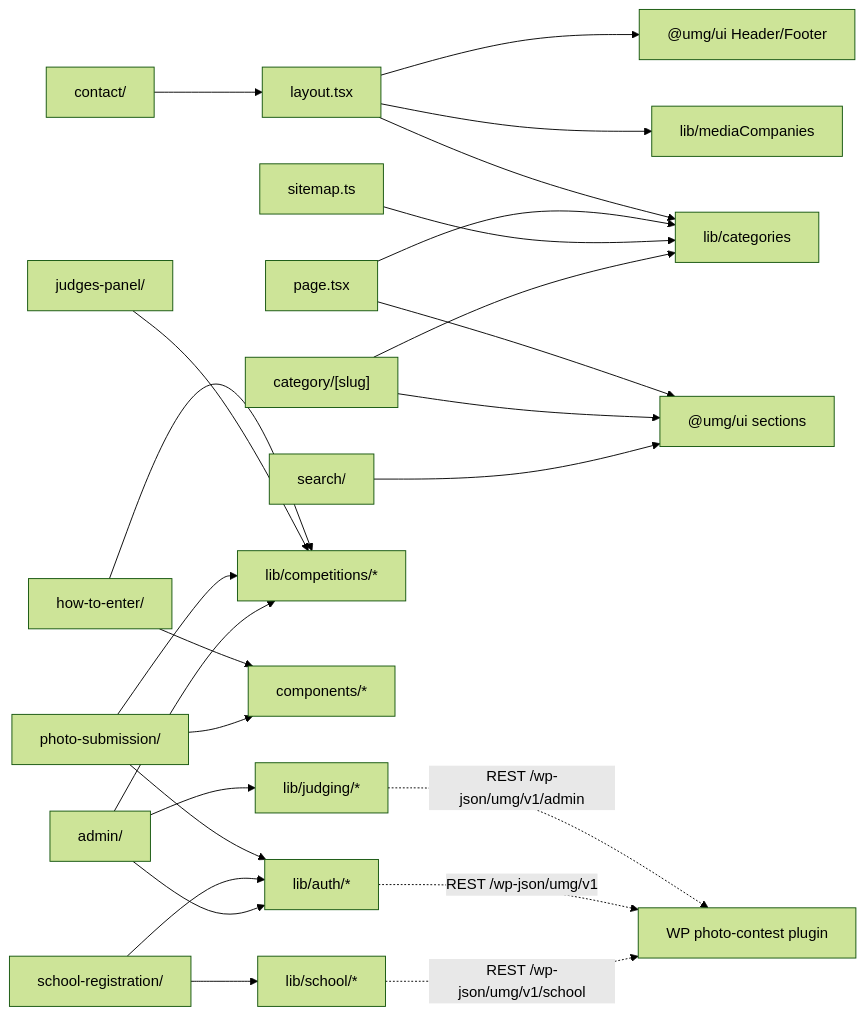
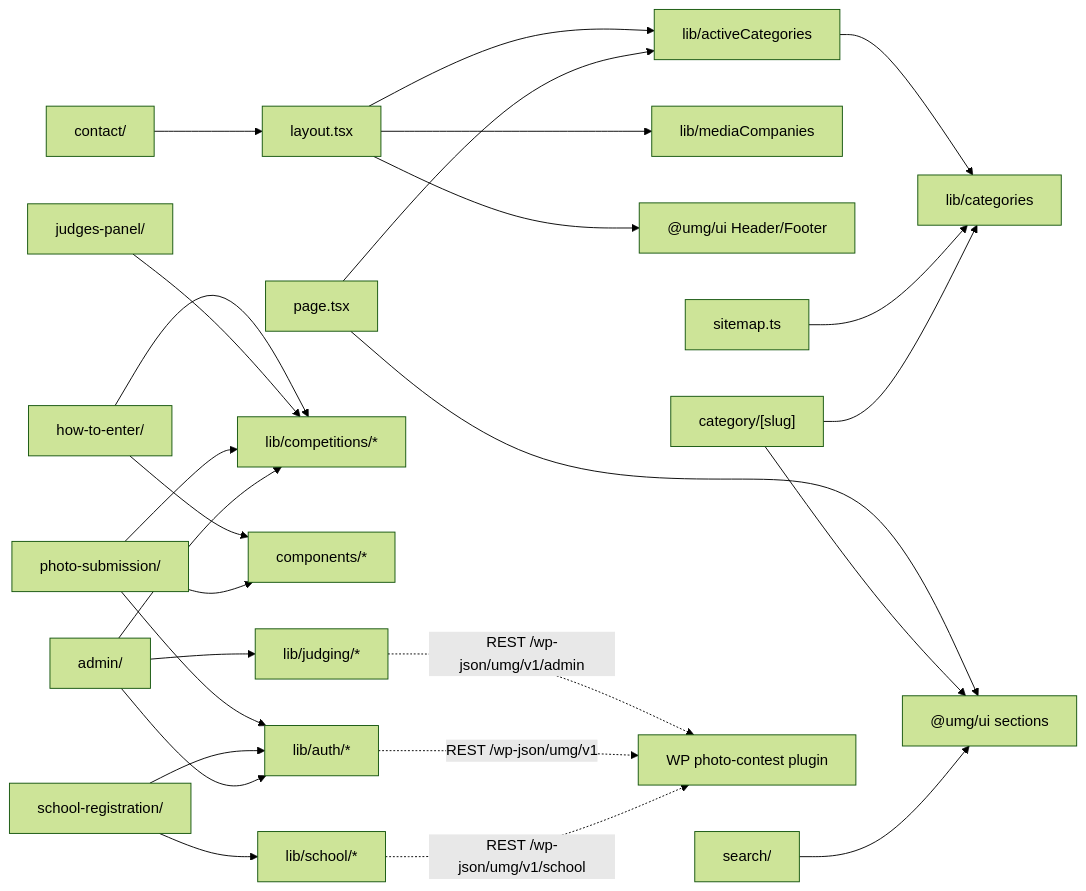
The diagram in docs/codebase/apps/umg/app/README.md (huuaho/umg-headless), drawn with Mermaid (forest theme) before and after one commit. The commit also changed other lines of this file and 7 other files, not shown here.

````diff
--- a/docs/codebase/apps/umg/app/README.md
+++ b/docs/codebase/apps/umg/app/README.md
@@ -26,27 +26,28 @@
 ```mermaid
 graph LR
-  layout["layout.tsx"] --> cats["lib/categories"]
+  layout["layout.tsx"] --> active["lib/activeCategories"]
+  active --> cats["lib/categories"]
   layout --> mc["lib/mediaCompanies"]
   layout --> ui["@umg/ui Header/Footer"]
-  home["page.tsx"] --> cats
+  home["page.tsx"] --> active
   home --> ui2["@umg/ui sections"]
   sitemap["sitemap.ts"] --> cats
   contact["contact/"] --> layout
   category["category/[slug]"] --> cats
   category --> ui2
   search["search/"] --> ui2
   hte["how-to-enter/"] --> comp["lib/competitions/*"]
   hte --> cmp["components/*"]
   jp["judges-panel/"] --> comp
   ps["photo-submission/"] --> auth["lib/auth/*"]
   ps --> comp
   ps --> cmp
   sr["school-registration/"] --> auth
   sr --> schoolLib["lib/school/*"]
   admin["admin/"] --> auth
   admin --> judging["lib/judging/*"]
   admin --> comp
   judging -.REST /wp-json/umg/v1/admin.-> plugin
   auth -.REST /wp-json/umg/v1.-> plugin["WP photo-contest plugin"]
   schoolLib -.REST /wp-json/umg/v1/school.-> plugin
 ```
````
